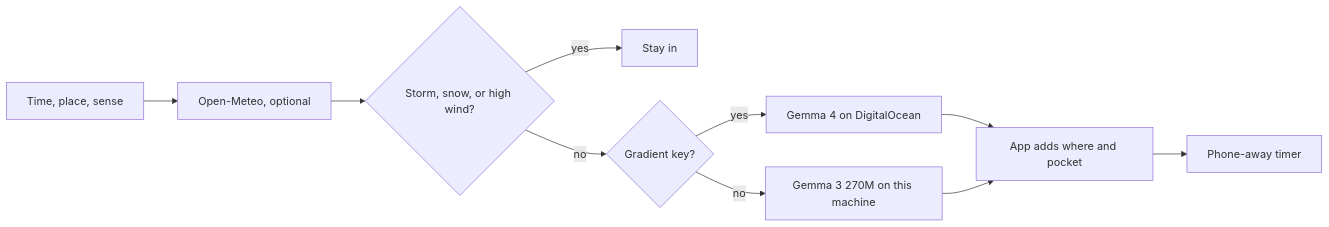
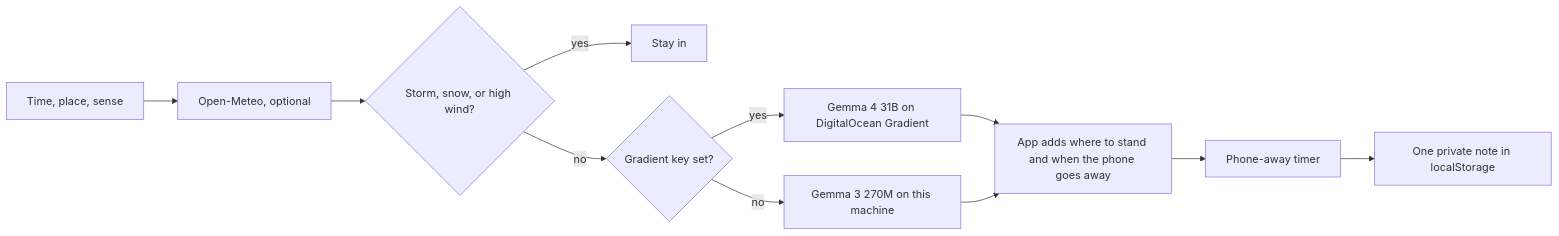
The diagram in README.md (surajns0033-collab/pocket-grass), drawn with Mermaid before and after one commit. The commit also changed other lines of this file, not shown here.

````diff
--- a/README.md
+++ b/README.md
@@ -56,12 +37,13 @@
 ```mermaid
 flowchart LR
   A[Time, place, sense] --> B[Open-Meteo, optional]
   B --> C{Storm, snow, or high wind?}
   C -->|yes| D[Stay in]
-  C -->|no| E{Gradient key?}
-  E -->|yes| F[Gemma 4 on DigitalOcean]
+  C -->|no| E{Gradient key set?}
+  E -->|yes| F[Gemma 4 31B on DigitalOcean Gradient]
   E -->|no| G[Gemma 3 270M on this machine]
-  F --> H[App adds where and pocket]
+  F --> H[App adds where to stand and when the phone goes away]
   G --> H
   H --> I[Phone-away timer]
+  I --> J[One private note in localStorage]
 ```
````
